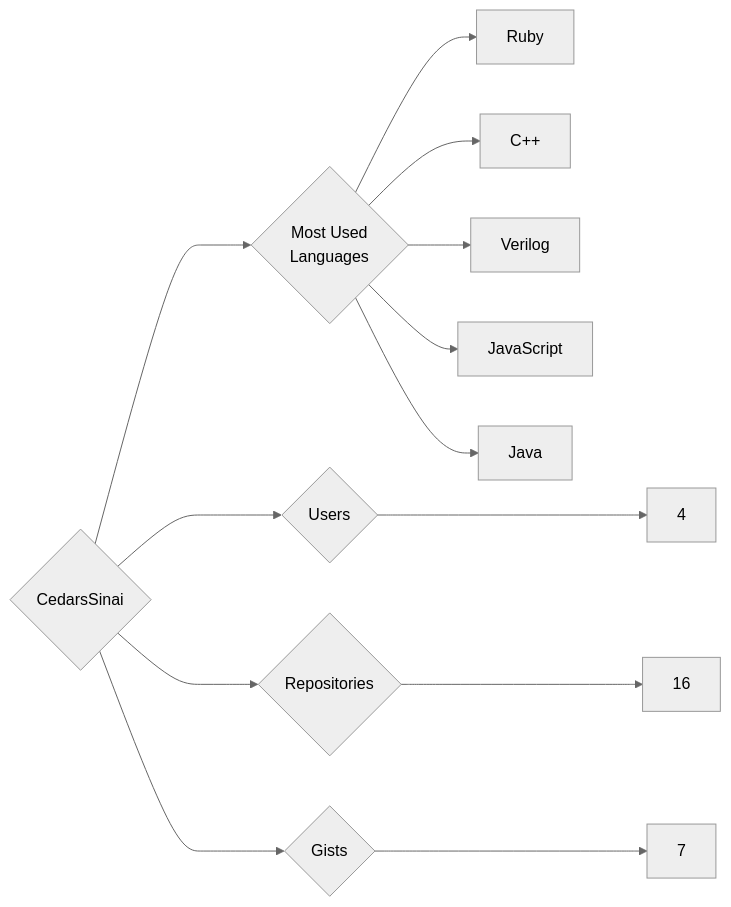
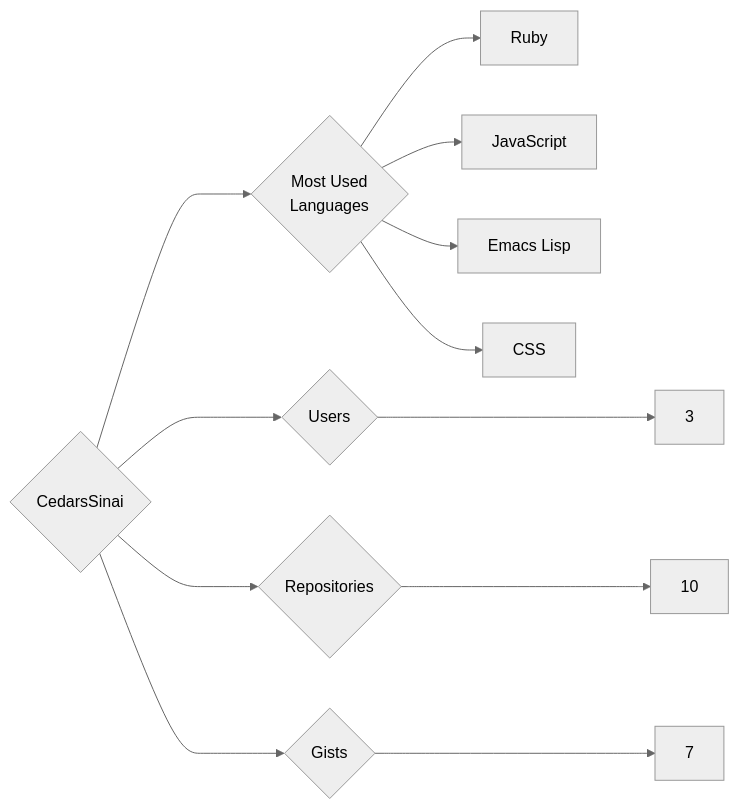
One commit to trickest/insiders changed the diagram in targets/CedarsSinai/README.md. Above: the diagram before and after it, drawn with Mermaid (neutral theme). The commit also changed 1030 other files, not shown here.

````diff
--- a/targets/CedarsSinai/README.md
+++ b/targets/CedarsSinai/README.md
@@ -3,13 +3,12 @@
 ```mermaid
 graph LR
 COMPANY_NAME{CedarsSinai}
-COMPANY_NAME ---> U{Users} ---> UN[4]
-COMPANY_NAME ---> R{Repositories} ---> RN[16]
+COMPANY_NAME ---> U{Users} ---> UN[3]
+COMPANY_NAME ---> R{Repositories} ---> RN[10]
 COMPANY_NAME ---> G{Gists} ---> GN[7]
 COMPANY_NAME ---> ML{Most Used<br>Languages}
 ML --> Ruby[Ruby]
-ML --> C++[C++]
-ML --> Verilog[Verilog]
 ML --> JavaScript[JavaScript]
-ML --> Java[Java]
+ML --> Emacs_Lisp[Emacs Lisp]
+ML --> CSS[CSS]
 ```
````
